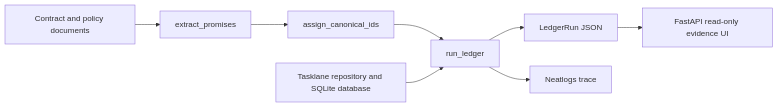
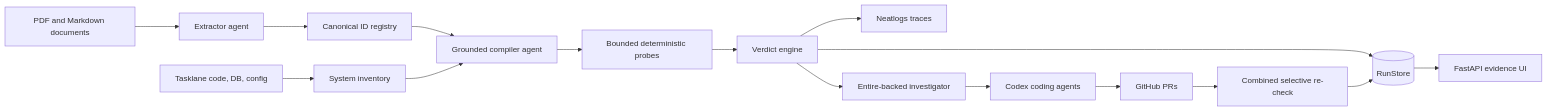
The diagram in docs/implementation-guide.md (khushalkumar/promise-ledger), drawn with Mermaid before and after one commit. The commit also changed other lines of this file and 8 other files, not shown here.

````diff
--- a/docs/implementation-guide.md
+++ b/docs/implementation-guide.md
@@ -9,10 +11,18 @@
 ```mermaid
 flowchart LR
-    D[Contract and policy documents] --> E[extract_promises]
-    E --> R[assign_canonical_ids]
-    R --> O[run_ledger]
-    T[Tasklane repository and SQLite database] --> O
-    O --> J[LedgerRun JSON]
-    J --> W[FastAPI read-only evidence UI]
-    O --> N[Neatlogs trace]
+    D[PDF and Markdown documents] --> X[Extractor agent]
+    X --> R[Canonical ID registry]
+    R --> C[Grounded compiler agent]
+    T[Tasklane code, DB, config] --> I[System inventory]
+    I --> C
+    C --> P[Bounded deterministic probes]
+    P --> V[Verdict engine]
+    V --> S[(RunStore)]
+    V --> N[Neatlogs traces]
+    V --> G[Entire-backed investigator]
+    G --> A[Codex coding agents]
+    A --> H[GitHub PRs]
+    H --> Q[Combined selective re-check]
+    Q --> S
+    S --> W[FastAPI evidence UI]
 ```
````
